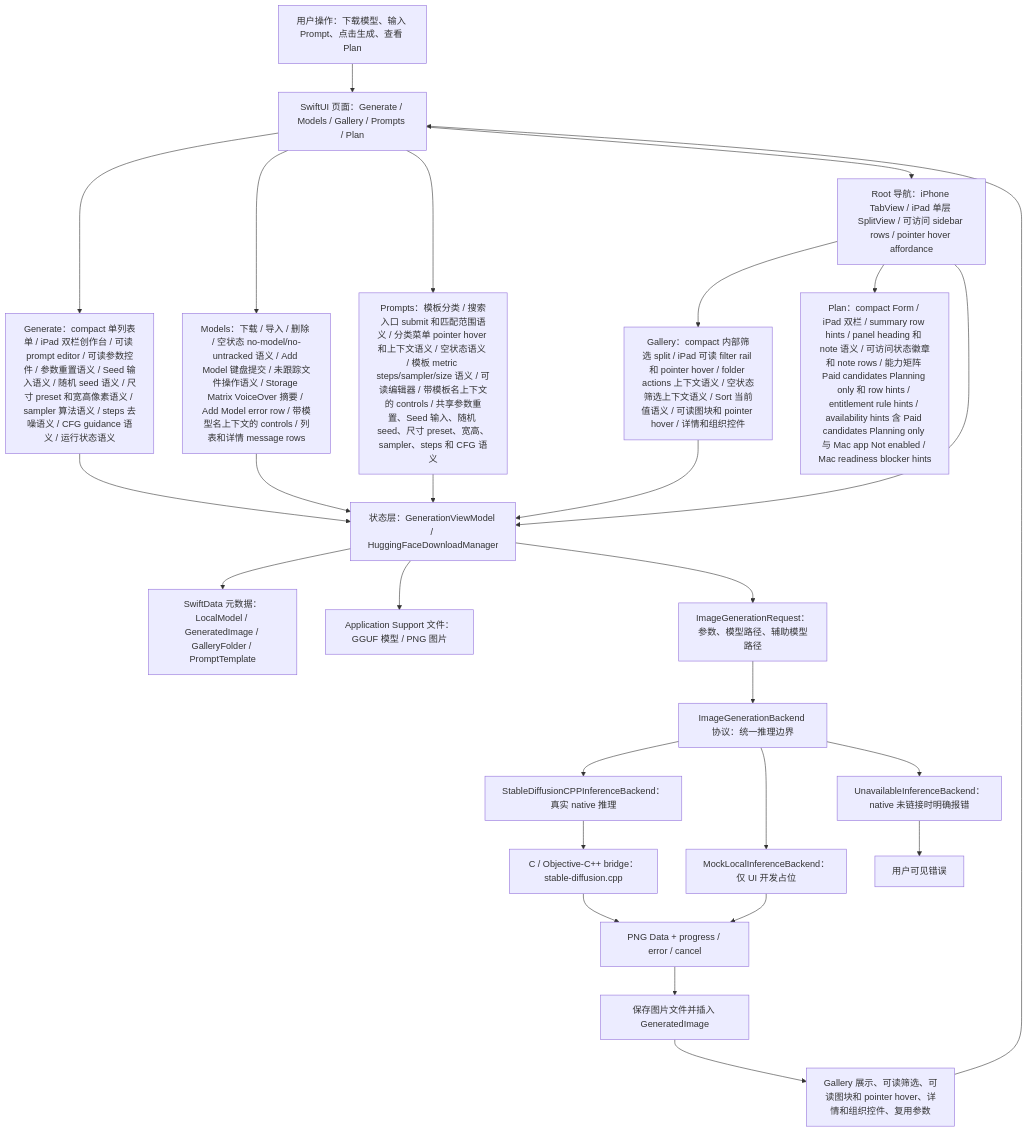
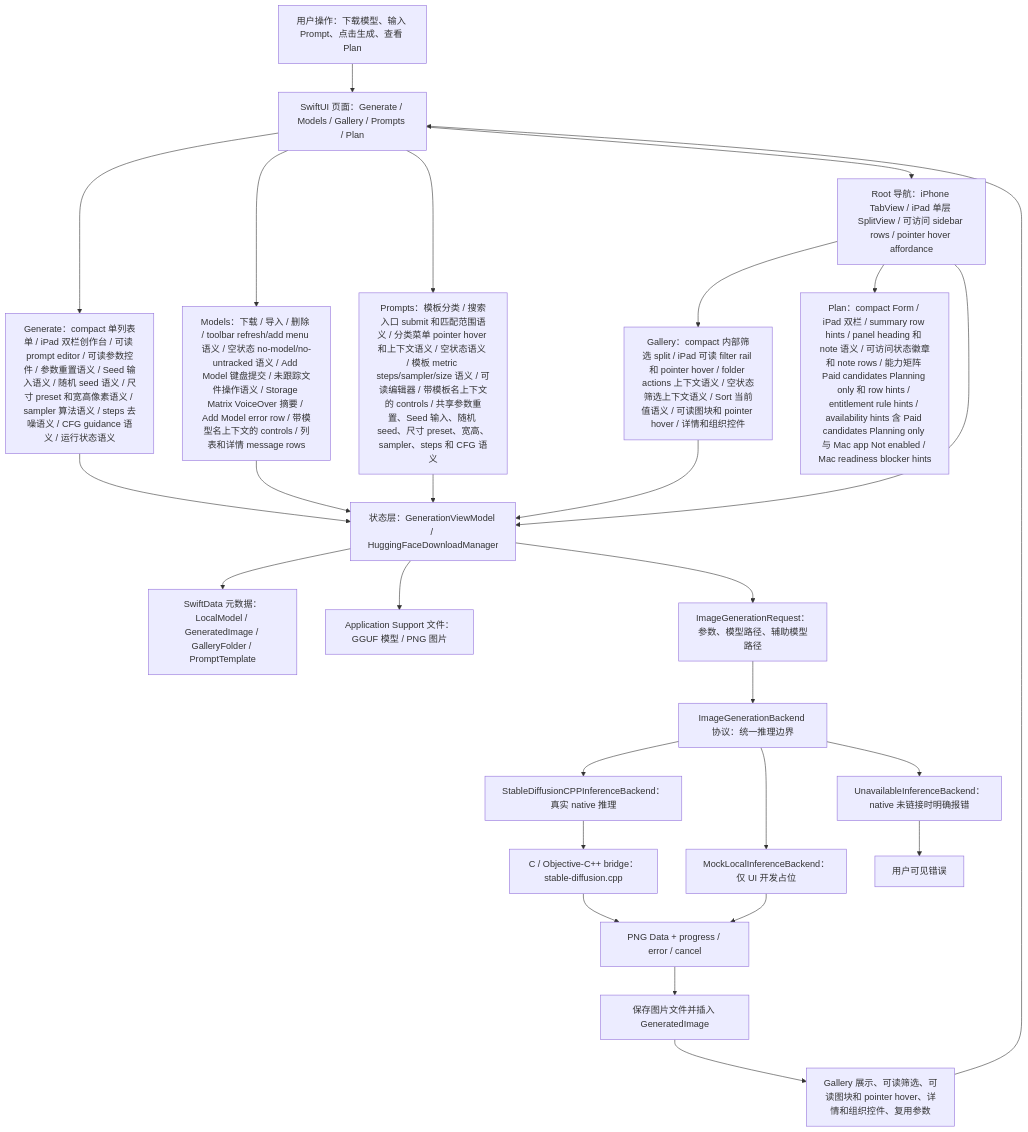
Before and after one commit to Altman-sam114/118: the first of 7 diagrams in md/flow/flowchart.md, drawn with Mermaid. The commit also changed 5 other files, not shown here.

First line of the commit message:
v1.60: Models toolbar accessibility

````diff
--- a/md/flow/flowchart.md
+++ b/md/flow/flowchart.md
@@ -9,29 +9,29 @@
 ```mermaid
 flowchart TD
   U["用户操作：下载模型、输入 Prompt、点击生成、查看 Plan"] --> UI["SwiftUI 页面：Generate / Models / Gallery / Prompts / Plan"]
   UI --> GENUI["Generate：compact 单列表单 / iPad 双栏创作台 / 可读 prompt editor / 可读参数控件 / 参数重置语义 / Seed 输入语义 / 随机 seed 语义 / 尺寸 preset 和宽高像素语义 / sampler 算法语义 / steps 去噪语义 / CFG guidance 语义 / 运行状态语义"]
-  UI --> MODELUI["Models：下载 / 导入 / 删除 / 空状态 no-model/no-untracked 语义 / Add Model 键盘提交 / 未跟踪文件操作语义 / Storage Matrix VoiceOver 摘要 / Add Model error row / 带模型名上下文的 controls / 列表和详情 message rows"]
+  UI --> MODELUI["Models：下载 / 导入 / 删除 / toolbar refresh/add menu 语义 / 空状态 no-model/no-untracked 语义 / Add Model 键盘提交 / 未跟踪文件操作语义 / Storage Matrix VoiceOver 摘要 / Add Model error row / 带模型名上下文的 controls / 列表和详情 message rows"]
   UI --> PROMPTUI["Prompts：模板分类 / 搜索入口 submit 和匹配范围语义 / 分类菜单 pointer hover 和上下文语义 / 空状态语义 / 模板 metric steps/sampler/size 语义 / 可读编辑器 / 带模板名上下文的 controls / 共享参数重置、Seed 输入、随机 seed、尺寸 preset、宽高、sampler、steps 和 CFG 语义"]
   UI --> NAV["Root 导航：iPhone TabView / iPad 单层 SplitView / 可访问 sidebar rows / pointer hover affordance"]
   NAV --> GALUI["Gallery：compact 内部筛选 split / iPad 可读 filter rail 和 pointer hover / folder actions 上下文语义 / 空状态筛选上下文语义 / Sort 当前值语义 / 可读图块和 pointer hover / 详情和组织控件"]
   NAV --> PLANUI["Plan：compact Form / iPad 双栏 / summary row hints / panel heading 和 note 语义 / 可访问状态徽章和 note rows / 能力矩阵 Paid candidates Planning only 和 row hints / entitlement rule hints / availability hints 含 Paid candidates Planning only 与 Mac app Not enabled / Mac readiness blocker hints"]
   NAV --> VM["状态层：GenerationViewModel / HuggingFaceDownloadManager"]
   GENUI --> VM
   MODELUI --> VM
   PROMPTUI --> VM
   GALUI --> VM
   VM --> SD["SwiftData 元数据：LocalModel / GeneratedImage / GalleryFolder / PromptTemplate"]
   VM --> FS["Application Support 文件：GGUF 模型 / PNG 图片"]
   VM --> REQ["ImageGenerationRequest：参数、模型路径、辅助模型路径"]
   REQ --> IFACE["ImageGenerationBackend 协议：统一推理边界"]
   IFACE --> NATIVE["StableDiffusionCPPInferenceBackend：真实 native 推理"]
   IFACE --> MOCK["MockLocalInferenceBackend：仅 UI 开发占位"]
   IFACE --> OFF["UnavailableInferenceBackend：native 未链接时明确报错"]
   NATIVE --> BRIDGE["C / Objective-C++ bridge：stable-diffusion.cpp"]
   BRIDGE --> PNG["PNG Data + progress / error / cancel"]
   MOCK --> PNG
   OFF --> ERR["用户可见错误"]
   PNG --> SAVE["保存图片文件并插入 GeneratedImage"]
   SAVE --> GALLERY["Gallery 展示、可读筛选、可读图块和 pointer hover、详情和组织控件、复用参数"]
   GALLERY --> UI
 ```
````
